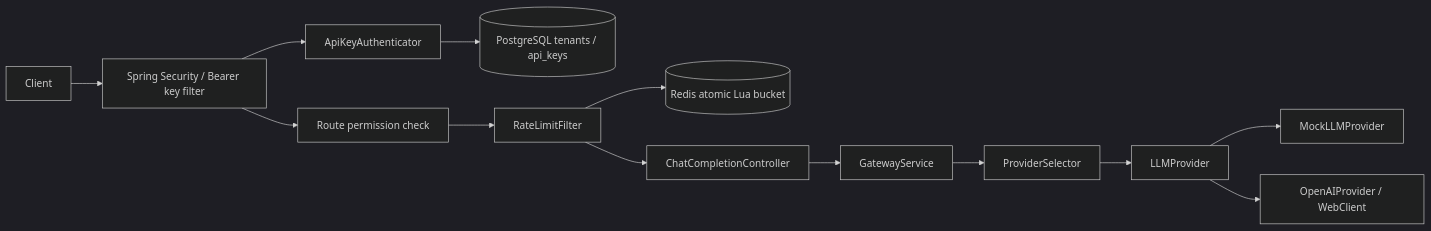
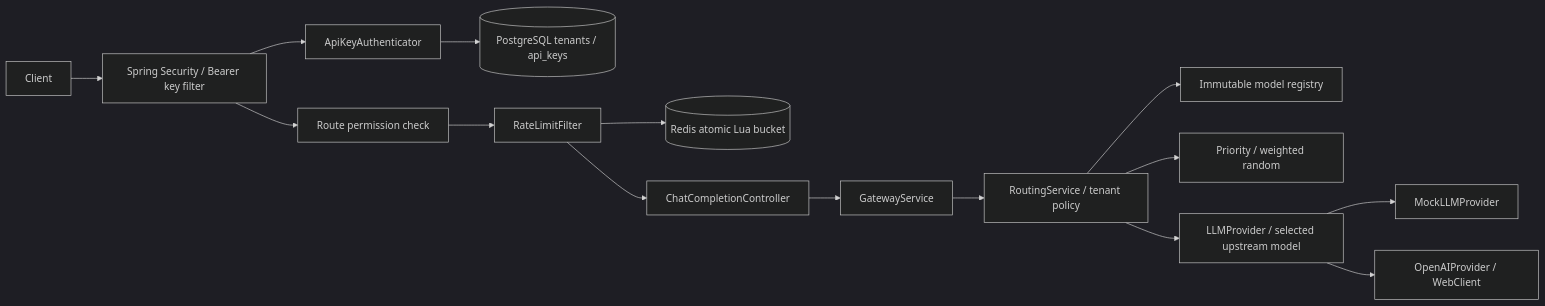
Before and after one commit to su944/Distributed_AI_Gateway: the diagram in docs/architecture.md, drawn with Mermaid (dark theme). The commit also changed other lines of this file and 28 other files, not shown here.

Commit message:
feat: implement tenant-aware intelligent model routing

````diff
--- a/docs/architecture.md
+++ b/docs/architecture.md
@@ -5,15 +5,17 @@
 ```mermaid
 flowchart LR
     Client --> Security[Spring Security / Bearer key filter]
     Security --> Auth[ApiKeyAuthenticator]
     Auth --> DB[(PostgreSQL tenants / api_keys)]
     Security --> Authorization[Route permission check]
     Authorization --> Limit[RateLimitFilter]
     Limit --> Redis[(Redis atomic Lua bucket)]
     Limit --> Controller[ChatCompletionController]
     Controller --> Service[GatewayService]
-    Service --> Selector[ProviderSelector]
-    Selector --> Boundary[LLMProvider]
+    Service --> Routing[RoutingService / tenant policy]
+    Routing --> Registry[Immutable model registry]
+    Routing --> Strategy[Priority / weighted random]
+    Routing --> Boundary[LLMProvider / selected upstream model]
     Boundary --> Mock[MockLLMProvider]
     Boundary --> OpenAI[OpenAIProvider / WebClient]
 ```
````
